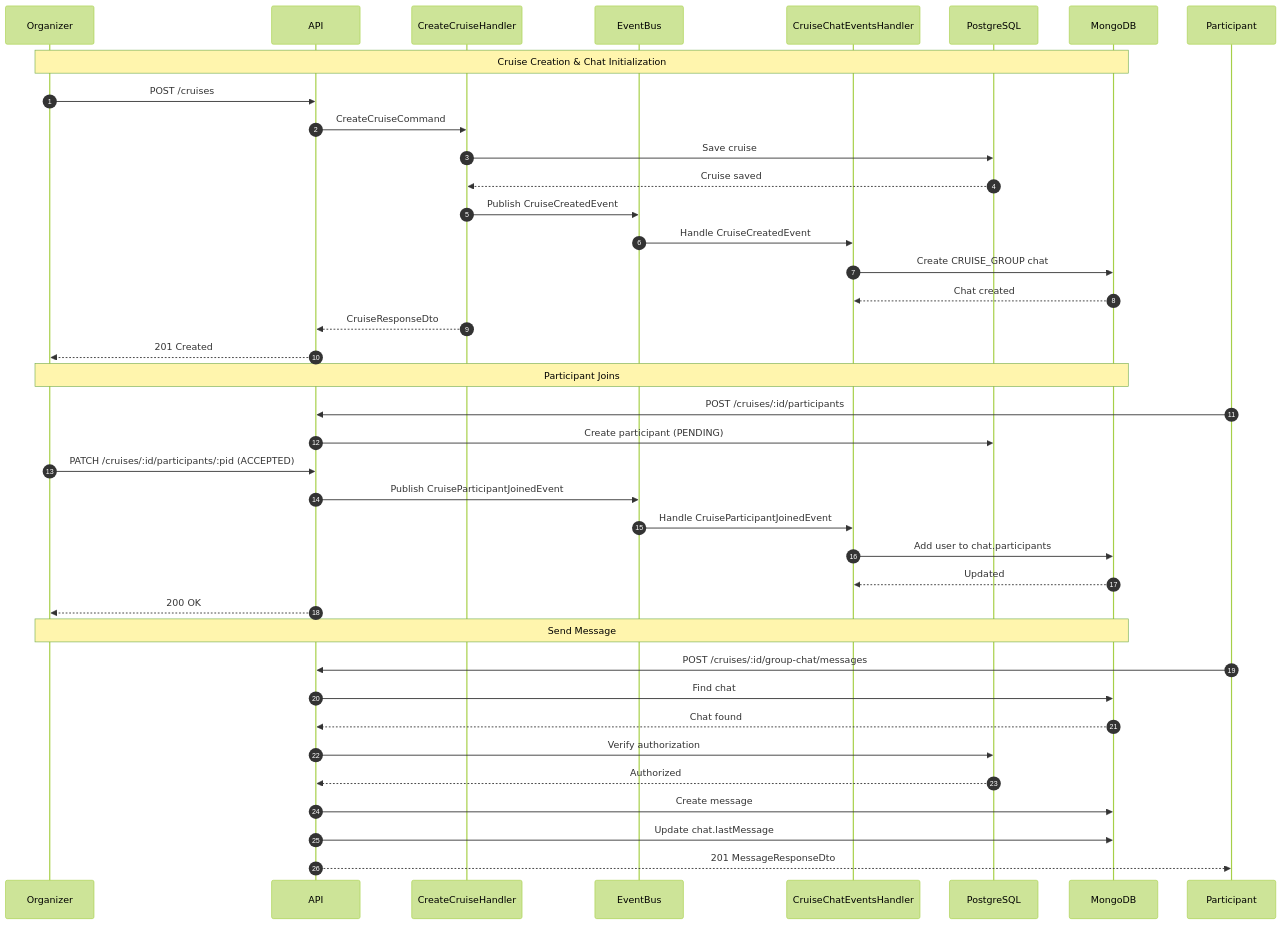
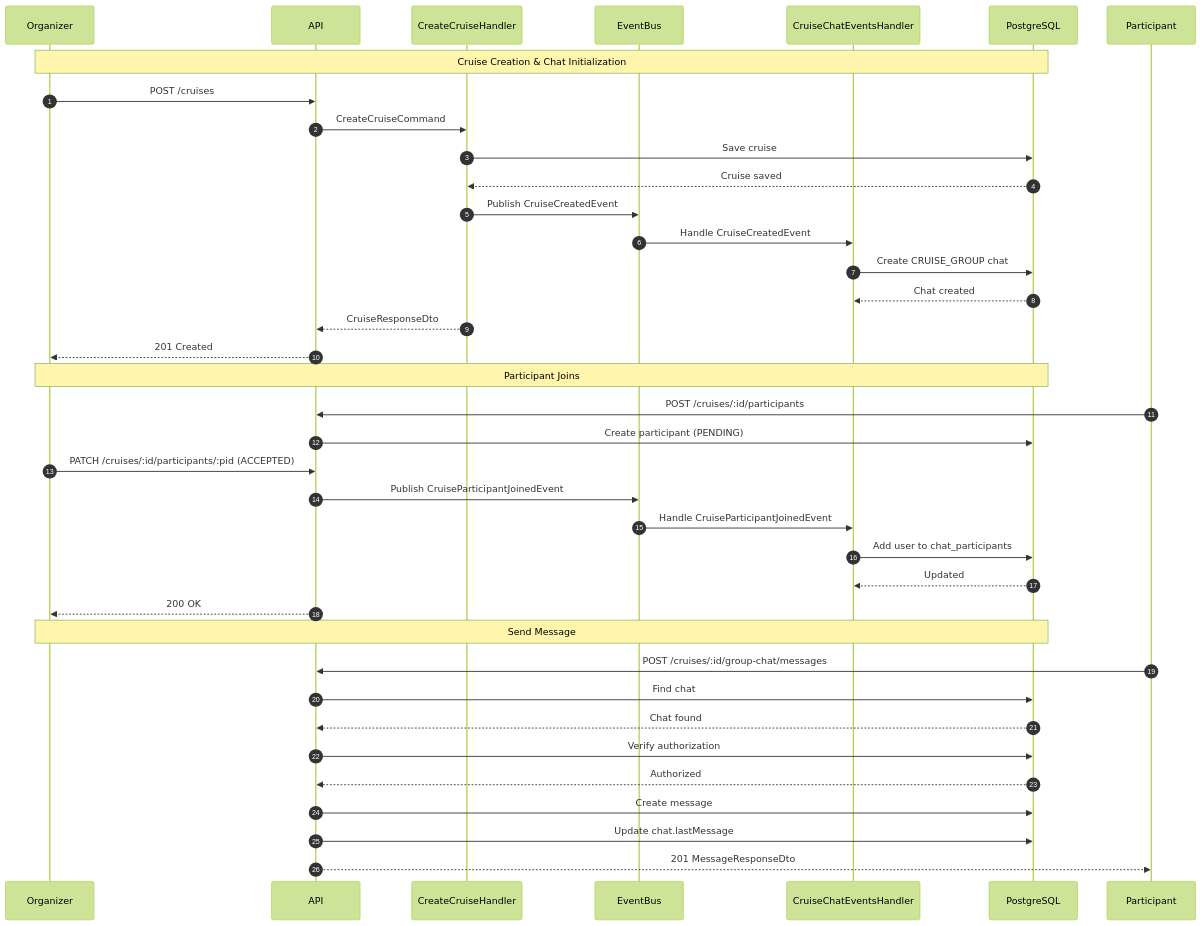
The second of 5 diagrams in docs/api/reference/flows/cruise-chat-flows.md (kardasz/skipper-club-android), drawn with Mermaid (forest theme) before and after one commit. The commit also changed other lines of this file and 45 other files, not shown here.

````diff
--- a/docs/api/reference/flows/cruise-chat-flows.md
+++ b/docs/api/reference/flows/cruise-chat-flows.md
@@ -72,44 +72,43 @@
 ```mermaid
 sequenceDiagram
     autonumber
     participant Org as Organizer
     participant API as API
     participant CH as CreateCruiseHandler
     participant EB as EventBus
     participant CEH as CruiseChatEventsHandler
     participant PG as PostgreSQL
-    participant MG as MongoDB
 
-    Note over Org,MG: Cruise Creation & Chat Initialization
+    Note over Org,PG: Cruise Creation & Chat Initialization
     Org->>API: POST /cruises
     API->>CH: CreateCruiseCommand
     CH->>PG: Save cruise
     PG-->>CH: Cruise saved
     CH->>EB: Publish CruiseCreatedEvent
     EB->>CEH: Handle CruiseCreatedEvent
-    CEH->>MG: Create CRUISE_GROUP chat
-    MG-->>CEH: Chat created
+    CEH->>PG: Create CRUISE_GROUP chat
+    PG-->>CEH: Chat created
     CH-->>API: CruiseResponseDto
     API-->>Org: 201 Created
 
-    Note over Org,MG: Participant Joins
+    Note over Org,PG: Participant Joins
     participant User as Participant
     User->>API: POST /cruises/:id/participants
     API->>PG: Create participant (PENDING)
     Org->>API: PATCH /cruises/:id/participants/:pid (ACCEPTED)
     API->>EB: Publish CruiseParticipantJoinedEvent
     EB->>CEH: Handle CruiseParticipantJoinedEvent
-    CEH->>MG: Add user to chat.participants
-    MG-->>CEH: Updated
+    CEH->>PG: Add user to chat_participants
+    PG-->>CEH: Updated
     API-->>Org: 200 OK
 
-    Note over Org,MG: Send Message
+    Note over Org,PG: Send Message
     User->>API: POST /cruises/:id/group-chat/messages
-    API->>MG: Find chat
-    MG-->>API: Chat found
+    API->>PG: Find chat
+    PG-->>API: Chat found
     API->>PG: Verify authorization
     PG-->>API: Authorized
-    API->>MG: Create message
-    API->>MG: Update chat.lastMessage
+    API->>PG: Create message
+    API->>PG: Update chat.lastMessage
     API-->>User: 201 MessageResponseDto
 ```
````
